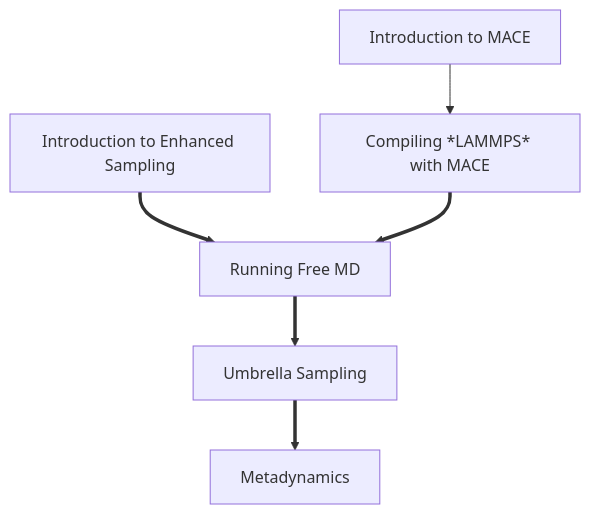
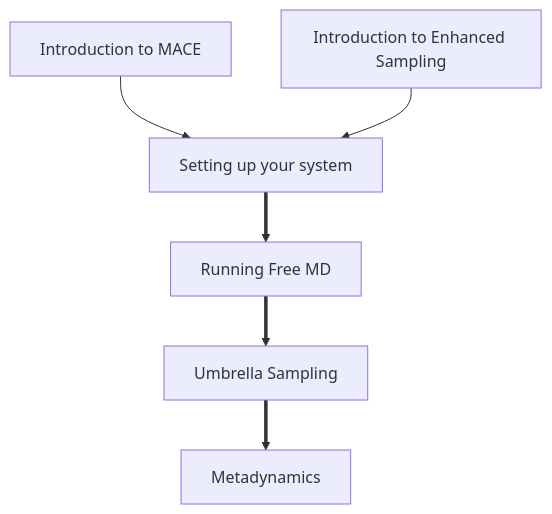
One commit to water-ice-group/plumed_tutorial_mace changed the diagram in NAVIGATION.md. Above: the diagram before and after it, drawn with Mermaid. The commit also changed other lines of this file, not shown here.

````diff
--- a/NAVIGATION.md
+++ b/NAVIGATION.md
@@ -13,8 +13,8 @@
 ```mermaid
 flowchart TD
-  A[Introduction to MACE] --> B[Compiling *LAMMPS* with MACE];
-  C[Introduction to Enhanced Sampling] ==> D;
-  B ==> D[Running Free MD];
+  A[Introduction to MACE] --> B[Setting up your system];
+  C[Introduction to Enhanced Sampling] --> B;
+  B ==> D[Running Free MD]
   D ==> E[Umbrella Sampling];
   E ==> F[Metadynamics];
 ```
````
